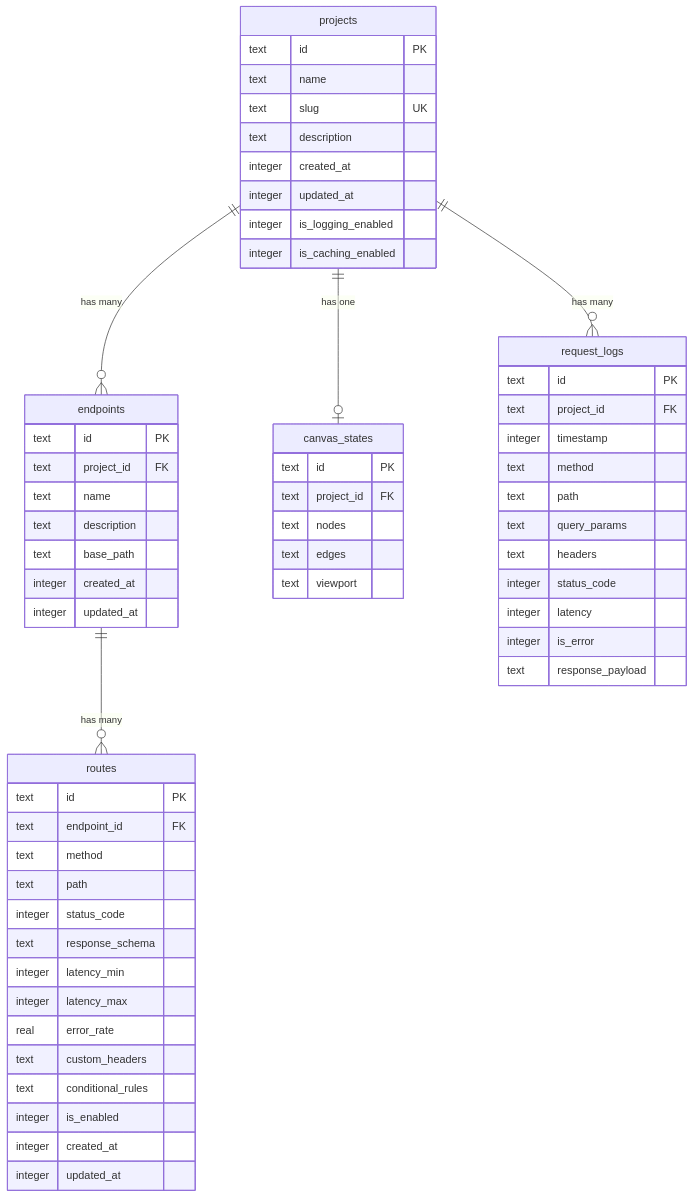
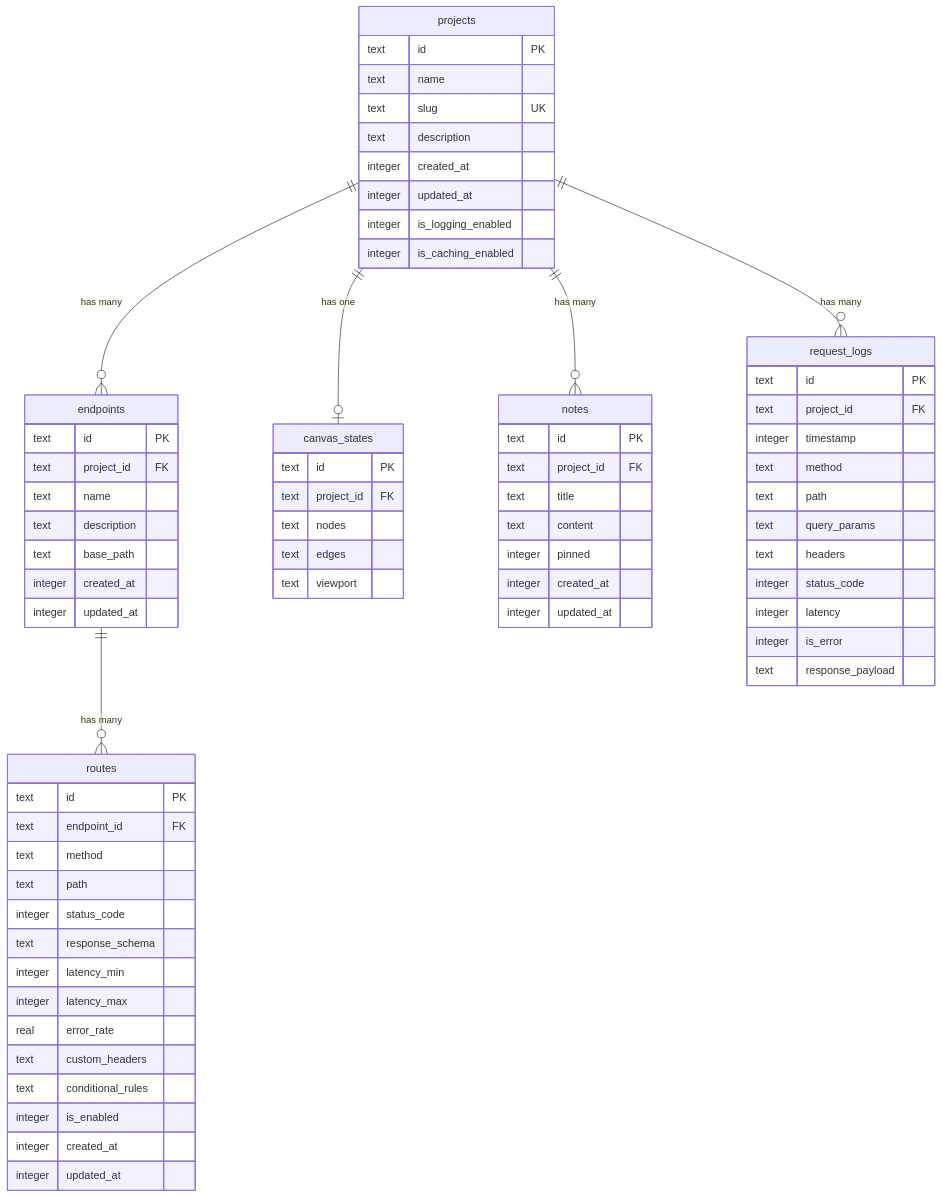
Before and after one commit to Karelaking/fack-api: the diagram in docs/content/docs/advanced/database.mdx, drawn with Mermaid. The commit also changed other lines of this file and 62 other files, not shown here.

First line of the commit message:
feat: add project notes and storage management

````diff
--- a/docs/content/docs/advanced/database.mdx
+++ b/docs/content/docs/advanced/database.mdx
@@ -12,63 +12,73 @@
 ```mermaid
 erDiagram
     projects ||--o{ endpoints : "has many"
     projects ||--o| canvas_states : "has one"
+    projects ||--o{ notes : "has many"
     endpoints ||--o{ routes : "has many"
     projects ||--o{ request_logs : "has many"
 
     projects {
         text id PK
         text name
         text slug UK
         text description
         integer created_at
         integer updated_at
         integer is_logging_enabled
         integer is_caching_enabled
     }
     endpoints {
         text id PK
         text project_id FK
         text name
         text description
         text base_path
         integer created_at
         integer updated_at
     }
     routes {
         text id PK
         text endpoint_id FK
         text method
         text path
         integer status_code
         text response_schema
         integer latency_min
         integer latency_max
         real error_rate
         text custom_headers
         text conditional_rules
         integer is_enabled
         integer created_at
         integer updated_at
     }
     canvas_states {
         text id PK
         text project_id FK
         text nodes
         text edges
         text viewport
     }
+    notes {
+        text id PK
+        text project_id FK
+        text title
+        text content
+        integer pinned
+        integer created_at
+        integer updated_at
+    }
     request_logs {
         text id PK
         text project_id FK
         integer timestamp
         text method
         text path
         text query_params
         text headers
         integer status_code
         integer latency
         integer is_error
         text response_payload
     }
 ```
````
